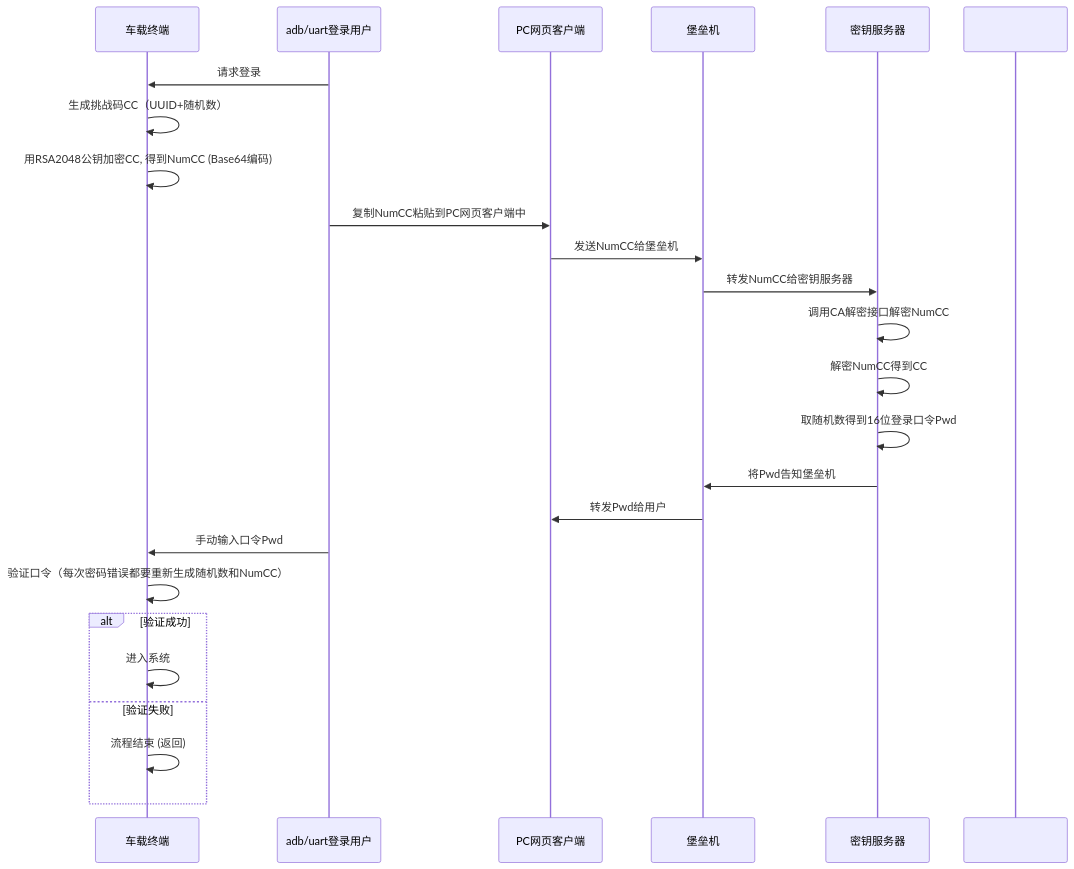
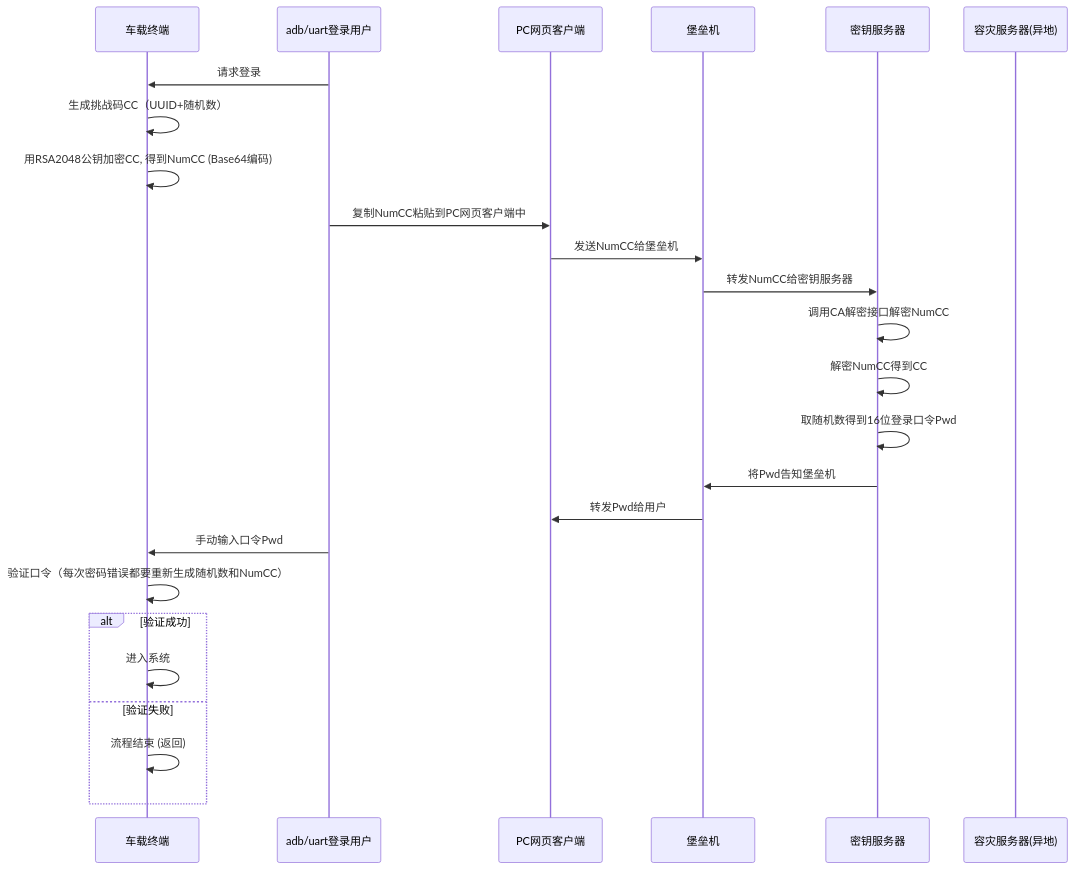
One commit to facebook-cloud/iodraw-files changed the diagram in all/未命名-19.md. Above: the diagram before and after it, drawn with Mermaid.

Commit message:
2026-03-13 15:30:58 update

````diff
--- a/all/未命名-19.md
+++ b/all/未命名-19.md
@@ -1,31 +1,31 @@
 ```mermaid
 sequenceDiagram
     participant tbox as 车载终端
     participant user as adb/uart登录用户
     participant pc as PC网页客户端
     participant bastion as 堡垒机
     participant tech_center as 密钥服务器
-    participant backup as 
+    participant backup as 容灾服务器(异地)
   
 
     user->>tbox: 请求登录
     tbox->>tbox: 生成挑战码CC（UUID+随机数）
     tbox->>tbox: 用RSA2048公钥加密CC, 得到NumCC (Base64编码)
     user->>pc: 复制NumCC粘贴到PC网页客户端中
     pc->>bastion: 发送NumCC给堡垒机
     bastion->>tech_center: 转发NumCC给密钥服务器
     tech_center->>tech_center: 调用CA解密接口解密NumCC
     tech_center->>tech_center: 解密NumCC得到CC
     tech_center->>tech_center: 取随机数得到16位登录口令Pwd
     tech_center->>bastion: 将Pwd告知堡垒机
     bastion->>pc: 转发Pwd给用户
     user->>tbox: 手动输入口令Pwd
     tbox->>tbox: 验证口令（每次密码错误都要重新生成随机数和NumCC）
     alt 验证成功
         tbox->>tbox: 进入系统
     else 验证失败
         tbox->>tbox: 流程结束 (返回)
     end
 
 
 ```
````
